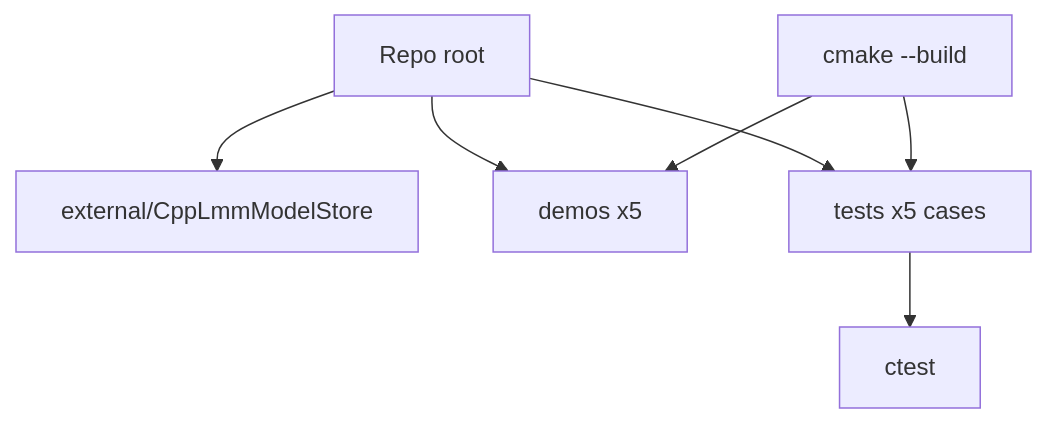
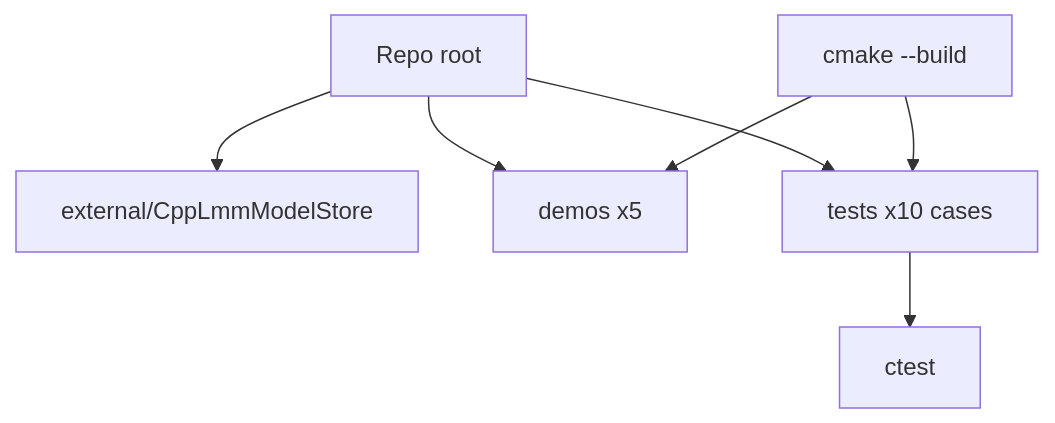
One commit to cschladetsch/CppToRustAI changed the third of 3 diagrams in Article.md. Above: the diagram before and after it, drawn with Mermaid. The commit also changed other lines of this file and 1 other file, not shown here.

````diff
--- a/Article.md
+++ b/Article.md
@@ -206,9 +206,9 @@
 ```mermaid
 flowchart TD
   A[Repo root] --> B[external/CppLmmModelStore]
   A --> C[demos x5]
-  A --> D[tests x5 cases]
+  A --> D[tests x10 cases]
   E[cmake --build] --> C
   E --> D
   D --> F[ctest]
 ```
````
